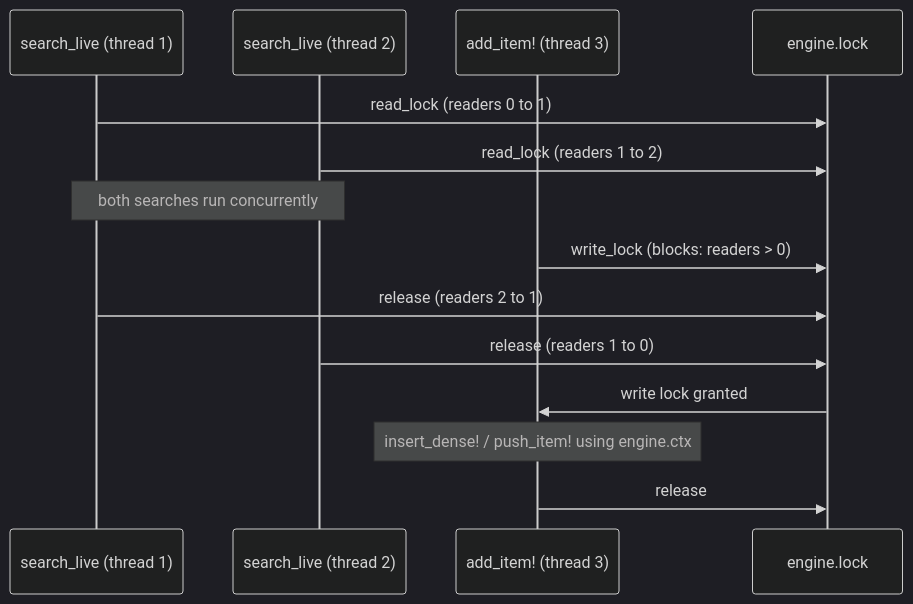
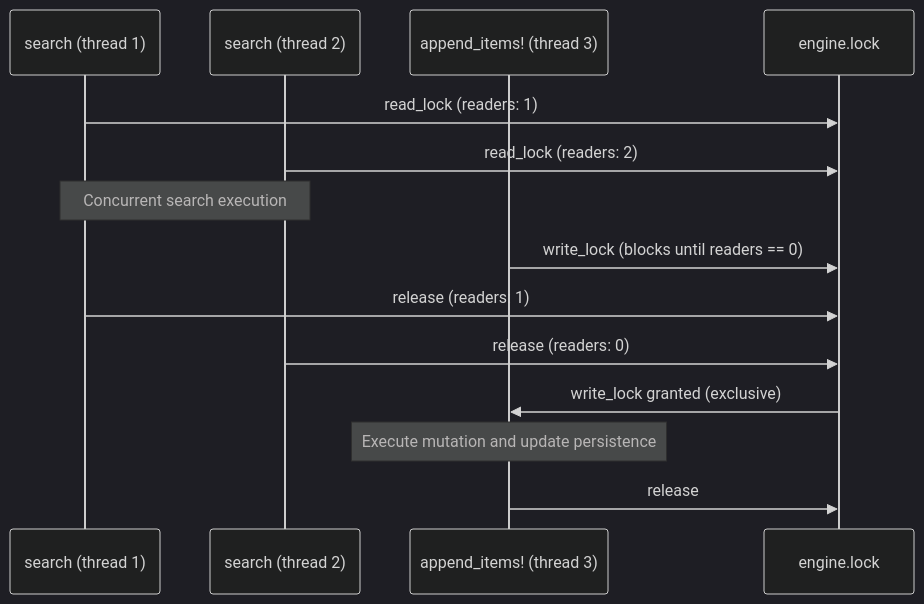
Before and after one commit to sadit/SimilaritySearchEngine.jl: the third of 7 diagrams in manual/architecture.qmd, drawn with Mermaid (dark theme). The commit also changed other lines of this file and 9 other files, not shown here.

````diff
--- a/manual/architecture.qmd
+++ b/manual/architecture.qmd
@@ -274,17 +177,17 @@
 ```{mermaid}
 sequenceDiagram
-    participant S1 as search_live (thread 1)
-    participant S2 as search_live (thread 2)
-    participant W as add_item! (thread 3)
+    participant S1 as search (thread 1)
+    participant S2 as search (thread 2)
+    participant W as append_items! (thread 3)
     participant L as engine.lock
 
-    S1->>L: read_lock (readers 0 to 1)
-    S2->>L: read_lock (readers 1 to 2)
-    Note over S1,S2: both searches run concurrently
-    W->>L: write_lock (blocks: readers > 0)
-    S1->>L: release (readers 2 to 1)
-    S2->>L: release (readers 1 to 0)
-    L->>W: write lock granted
-    Note over W: insert_dense! / push_item! using engine.ctx
+    S1->>L: read_lock (readers: 1)
+    S2->>L: read_lock (readers: 2)
+    Note over S1,S2: Concurrent search execution
+    W->>L: write_lock (blocks until readers == 0)
+    S1->>L: release (readers: 1)
+    S2->>L: release (readers: 0)
+    L->>W: write_lock granted (exclusive)
+    Note over W: Execute mutation and update persistence
     W->>L: release
 ```
````
